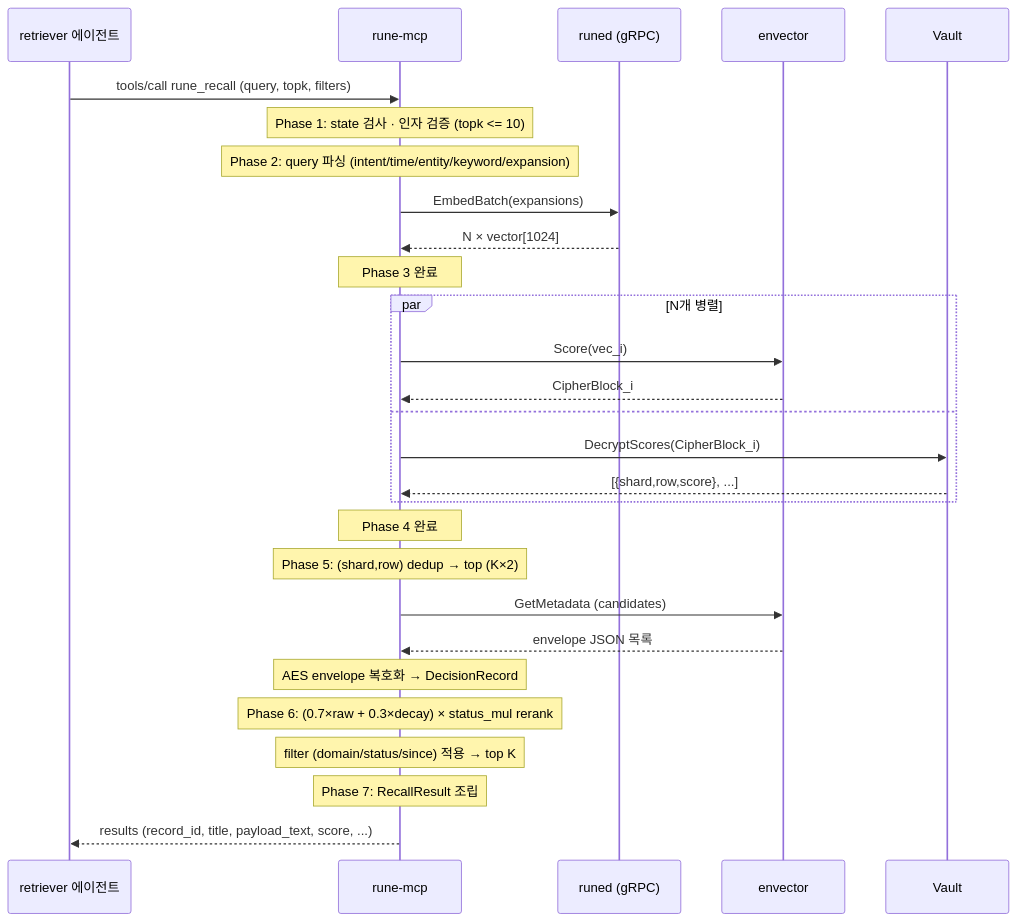
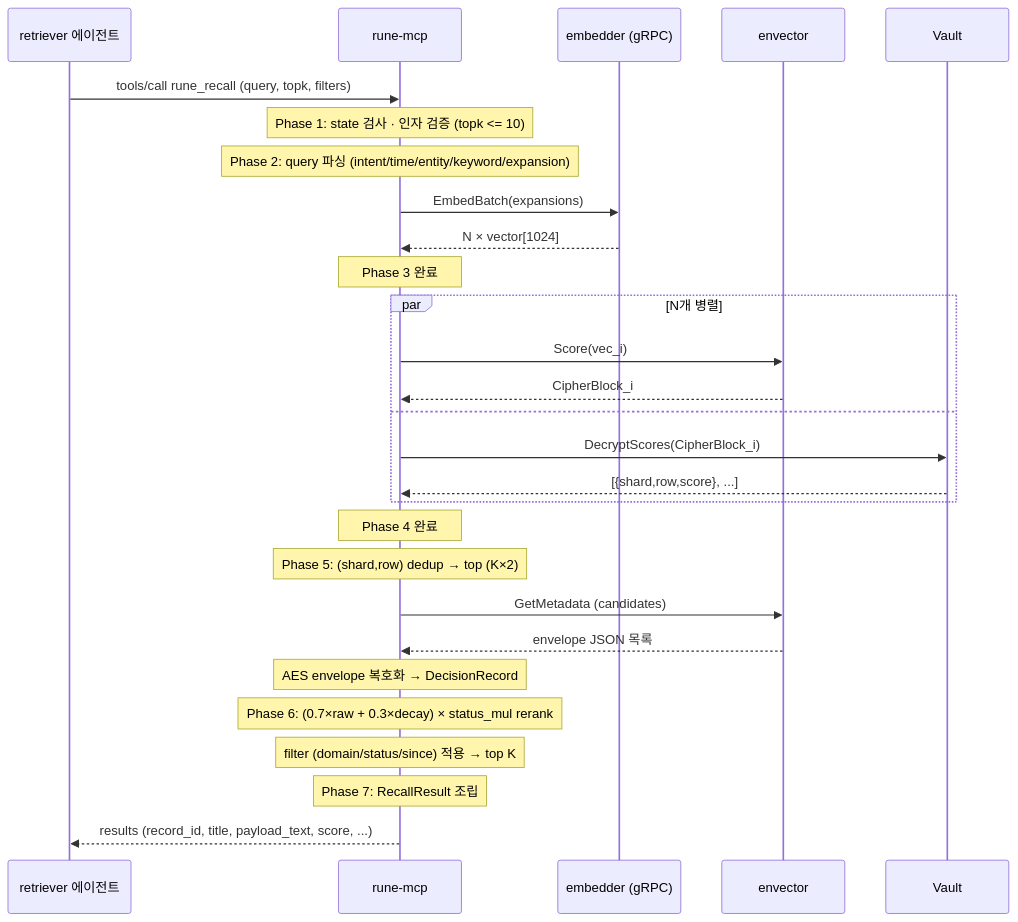
Before and after one commit to CryptoLabInc/rune: the diagram in docs/v04/flows/recall.md, drawn with Mermaid. The commit also changed other lines of this file and 11 other files, not shown here.

Commit message:
docs(v04): rename runed → embedder, align with 'Go MCP + separate embedder' architecture

````diff
--- a/docs/v04/flows/recall.md
+++ b/docs/v04/flows/recall.md
@@ -26,36 +26,36 @@
 ```mermaid
 sequenceDiagram
     participant Agent as retriever 에이전트
     participant MCP as rune-mcp
-    participant Embedder as runed (gRPC)
+    participant Embedder as embedder (gRPC)
     participant Envector as envector
     participant Vault as Vault
 
     Agent->>MCP: tools/call rune_recall (query, topk, filters)
     Note over MCP: Phase 1: state 검사 · 인자 검증 (topk <= 10)
     Note over MCP: Phase 2: query 파싱 (intent/time/entity/keyword/expansion)
 
     MCP->>Embedder: EmbedBatch(expansions)
     Embedder-->>MCP: N × vector[1024]
     Note over MCP: Phase 3 완료
 
     par N개 병렬
       MCP->>Envector: Score(vec_i)
       Envector-->>MCP: CipherBlock_i
     and
       MCP->>Vault: DecryptScores(CipherBlock_i)
       Vault-->>MCP: [{shard,row,score}, ...]
     end
     Note over MCP: Phase 4 완료
 
     Note over MCP: Phase 5: (shard,row) dedup → top (K×2)
     MCP->>Envector: GetMetadata (candidates)
     Envector-->>MCP: envelope JSON 목록
     Note over MCP: AES envelope 복호화 → DecisionRecord
 
     Note over MCP: Phase 6: (0.7×raw + 0.3×decay) × status_mul rerank
     Note over MCP: filter (domain/status/since) 적용 → top K
 
     Note over MCP: Phase 7: RecallResult 조립
     MCP-->>Agent: results (record_id, title, payload_text, score, ...)
 ```
````
